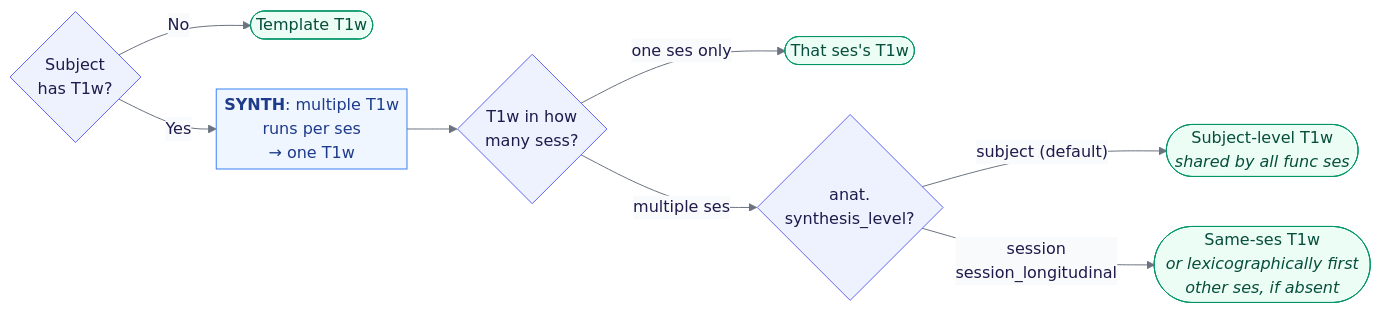
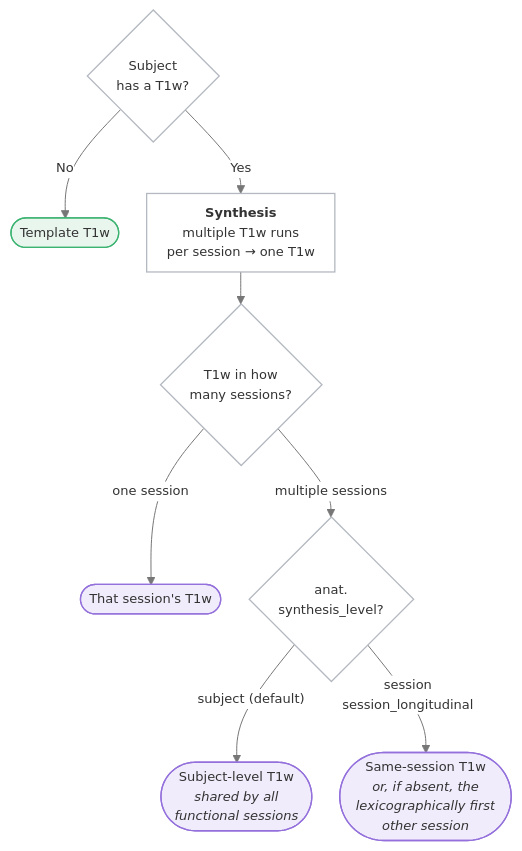
One commit to brainana/brainana changed the diagram in docs/anat_selection_for_func.rst. Above: the diagram before and after it, drawn with Mermaid. The commit also changed other lines of this file and 19 other files, not shown here.

```diff
--- a/docs/anat_selection_for_func.rst
+++ b/docs/anat_selection_for_func.rst
@@ -18,19 +21,20 @@
 .. mermaid::
+   :caption: T1w reference selection. Purple: one of the subject's own T1w images; green: the template T1w, used when the subject has none.
 
-   %%{init: {'theme': 'base', 'themeVariables': {'primaryColor': '#eef2ff', 'primaryBorderColor': '#6366f1', 'primaryTextColor': '#1e1b4b', 'lineColor': '#6b7280', 'edgeLabelBackground': '#f8fafc'}, 'flowchart': {'curve': 'basis', 'htmlLabels': true, 'padding': 4, 'diagramPadding': 2, 'useMaxWidth': false}}}%%
-   flowchart LR
-       A{"Subject<br/>has T1w?"}
+   %%{init: {'theme': 'base', 'themeVariables': {'fontFamily': 'Lato, Helvetica Neue, Arial, sans-serif', 'fontSize': '13px', 'primaryColor': '#ffffff', 'primaryBorderColor': '#b4b9c1', 'primaryTextColor': '#333333', 'lineColor': '#777777', 'edgeLabelBackground': '#ffffff'}, 'flowchart': {'curve': 'basis', 'htmlLabels': true, 'padding': 10, 'diagramPadding': 2, 'nodeSpacing': 28, 'rankSpacing': 32, 'useMaxWidth': false}}}%%
+   flowchart TB
+       A{"Subject<br/>has a T1w?"}
        A -->|No| B(["Template T1w"])
-       A -->|Yes| SYNTH["<b>SYNTH</b>: multiple T1w<br/>runs per ses<br/>→ one T1w"]
-       SYNTH --> D{"T1w in how<br/>many sess?"}
-       D -->|one ses only| E(["That ses's T1w"])
-       D -->|multiple ses| H{"anat.<br/>synthesis_level?"}
-       H -->|"subject (default)"| I(["Subject-level T1w<br/><i>shared by all func ses</i>"])
-       H -->|"session<br/>session_longitudinal"| J(["Same-ses T1w<br/><i>or lexicographically first<br/>other ses, if absent</i>"])
+       A -->|Yes| SYNTH["<b>Synthesis</b><br/>multiple T1w runs<br/>per session → one T1w"]
+       SYNTH --> D{"T1w in how<br/>many sessions?"}
+       D -->|one session| E(["That session's T1w"])
+       D -->|multiple sessions| H{"anat.<br/>synthesis_level?"}
+       H -->|"subject (default)"| I(["Subject-level T1w<br/><i>shared by all<br/>functional sessions</i>"])
+       H -->|"session<br/>session_longitudinal"| J(["Same-session T1w<br/><i>or, if absent, the<br/>lexicographically first<br/>other session</i>"])
 
-       classDef result fill:#ecfdf5,stroke:#059669,color:#064e3b
-       classDef proc   fill:#eff6ff,stroke:#3b82f6,color:#1e3a8a
-       classDef decision fill:#eef2ff,stroke:#6366f1,color:#1e1b4b
-       class A,D,H decision
-       class B,E,I,J result
-       class SYNTH proc
+       classDef neutral fill:#ffffff,stroke:#b4b9c1,color:#333333,stroke-width:1.3px
+       classDef purple  fill:#f1ecfb,stroke:#9370db,color:#333333,stroke-width:1.3px
+       classDef green   fill:#e8f6ee,stroke:#3cb371,color:#333333,stroke-width:1.3px
+       class A,D,H,SYNTH neutral
+       class E,I,J purple
+       class B green
```
